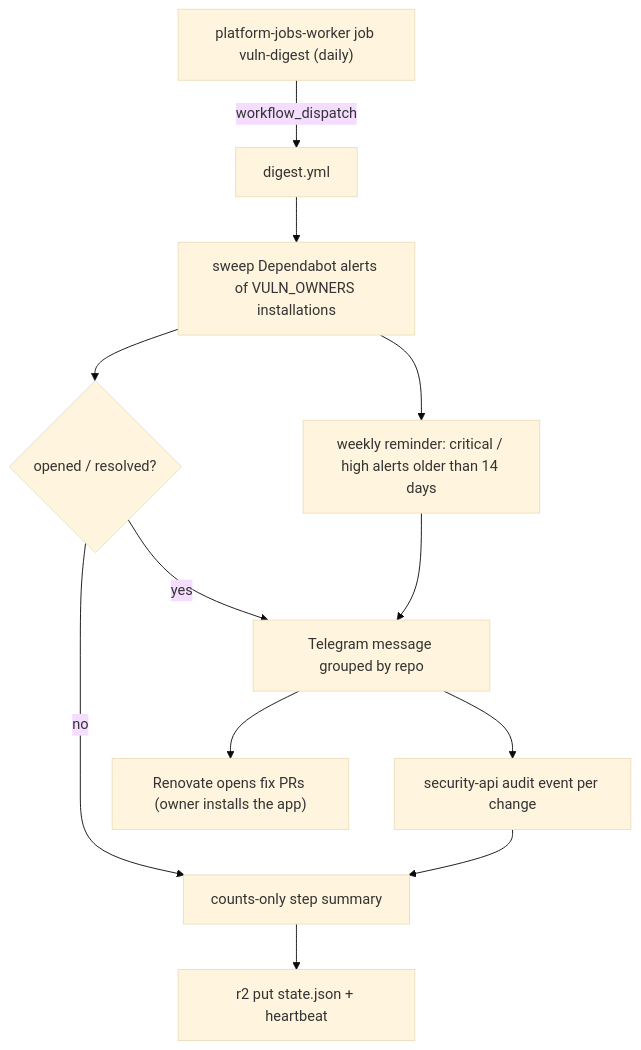
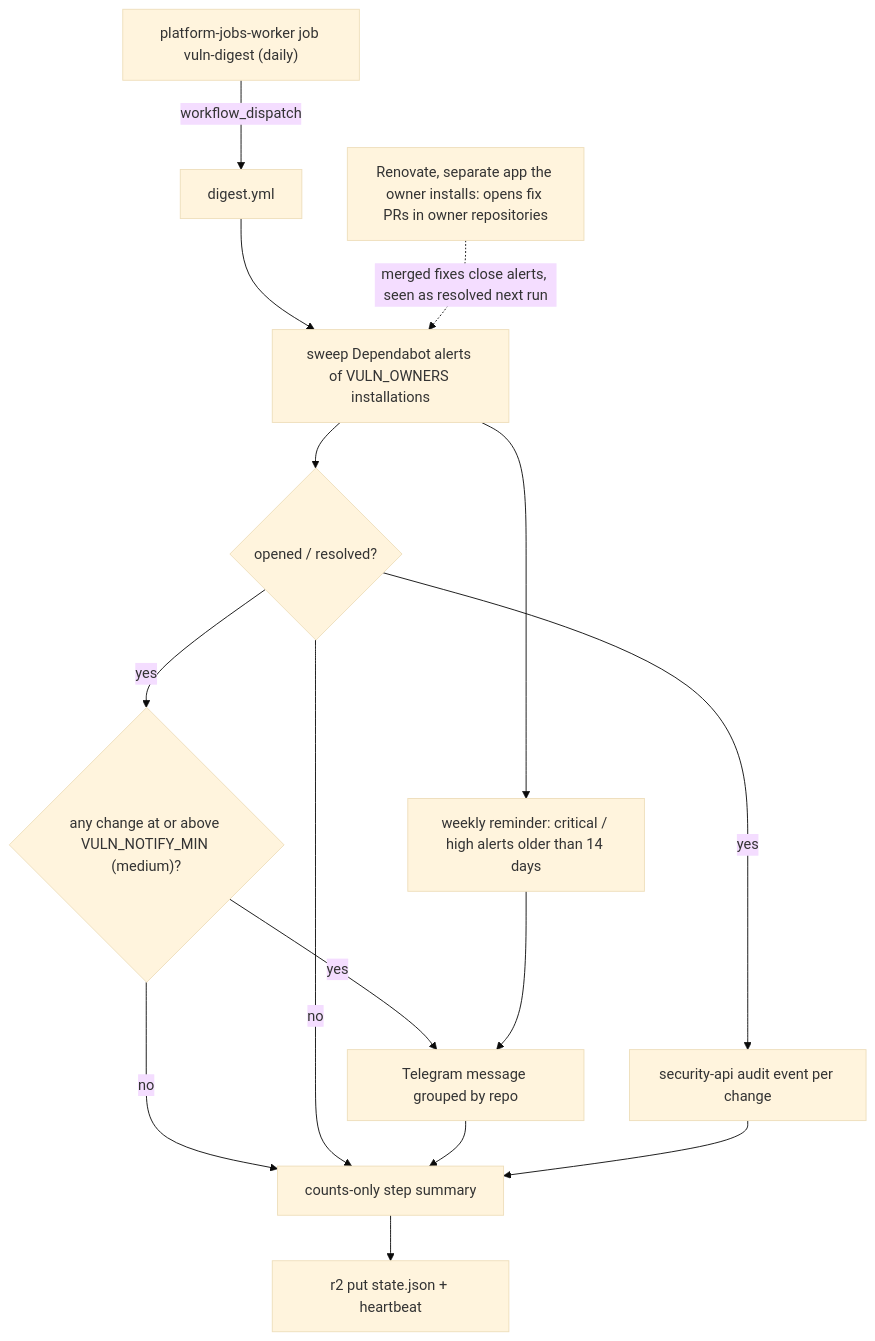
One commit to bookchaowalit/platform-vuln-digest changed the second of 2 diagrams in docs/diagrams/01-business-process.md. Above: the diagram before and after it, drawn with Mermaid (base theme). The commit also changed other lines of this file, not shown here.

First line of the commit message:
docs: fix As-Is/To-Be business process per Codex review (01-business-process)

````diff
--- a/docs/diagrams/01-business-process.md
+++ b/docs/diagrams/01-business-process.md
@@ -41,14 +50,17 @@
 ```mermaid
 flowchart TD
   JW["platform-jobs-worker job vuln-digest (daily)"] -->|workflow_dispatch| WF["digest.yml"]
   WF --> SWEEP["sweep Dependabot alerts of VULN_OWNERS installations"]
   SWEEP --> DIFF{"opened / resolved?"}
-  DIFF -->|yes| TG["Telegram message grouped by repo"]
-  TG --> AUD["security-api audit event per change"]
+  DIFF -->|yes| AUD["security-api audit event per change"]
+  DIFF -->|yes| LVL{"any change at or above VULN_NOTIFY_MIN (medium)?"}
+  LVL -->|yes| TG["Telegram message grouped by repo"]
+  LVL -->|no| SUM["counts-only step summary"]
+  DIFF -->|no| SUM
   SWEEP --> OLD["weekly reminder: critical / high alerts older than 14 days"]
   OLD --> TG
-  TG --> FIX["Renovate opens fix PRs (owner installs the app)"]
-  DIFF -->|no| SUM["counts-only step summary"]
+  TG --> SUM
   AUD --> SUM
   SUM --> PUT["r2 put state.json + heartbeat"]
+  REN["Renovate, separate app the owner installs: opens fix PRs in owner repositories"] -.->|"merged fixes close alerts, seen as resolved next run"| SWEEP
 ```
````
